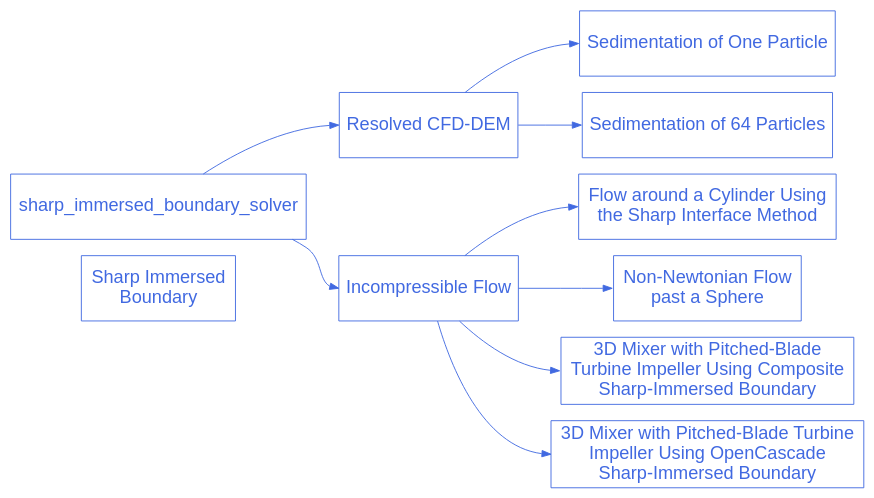
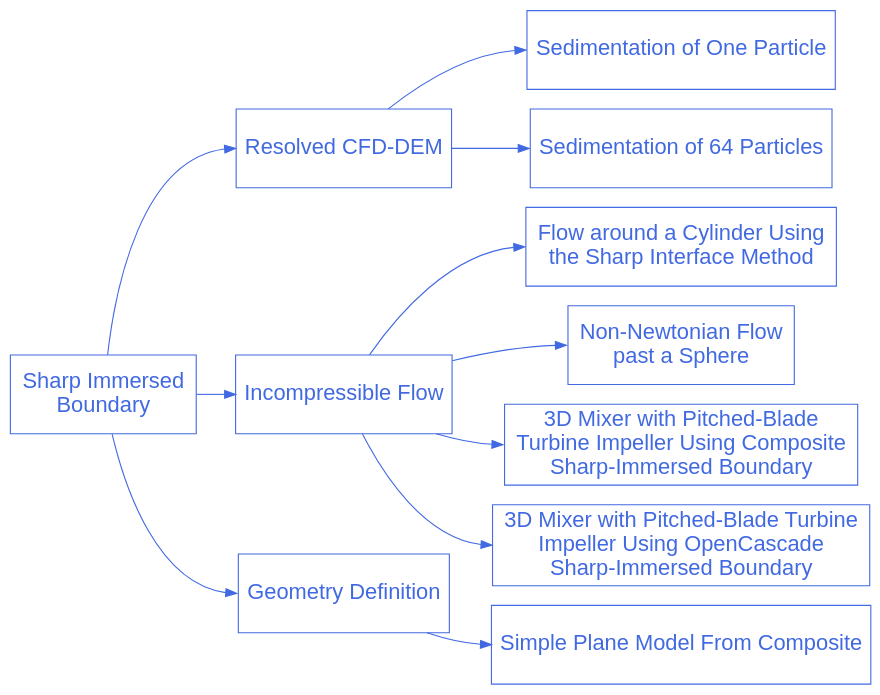
The diagram in doc/source/examples/sharp-immersed-boundary/sharp-immersed-boundary.rst (chaos-polymtl/lethe), drawn with Graphviz before and after one commit. The commit also changed other lines of this file and 2 other files, not shown here.

Commit message:
Add the possibitlity to comment composite shape, and  start example

```diff
--- a/doc/source/examples/sharp-immersed-boundary/sharp-immersed-boundary.rst
+++ b/doc/source/examples/sharp-immersed-boundary/sharp-immersed-boundary.rst
@@ -13,37 +14,43 @@
 .. graphviz:: 
 
     digraph sharp_diagram {
       graph [bgcolor="transparent", align=true];
       node [fontname=Arial, fontsize=20, shape=box, fontcolor=royalblue, color=royalblue, height=1];
       edge [color=royalblue];
       rankdir="LR";
       size = "9,9";
       
       sharp_immersed_boundary [label="Sharp Immersed \nBoundary", href="https://lethe-cfd.github.io/lethe/examples/sharp-immersed-boundary/sharp-immersed-boundary.html"];
 
       sharp_1 [label="Resolved CFD-DEM", href="https://lethe-cfd.github.io/lethe/examples/sharp-immersed-boundary/resolved-cfd-dem.html"];
 
       sharp_1_1 [label="Sedimentation of One Particle", href="https://lethe-cfd.github.io/lethe/examples/sharp-immersed-boundary/sedimentation-1-particle/sedimentation-1-particle.html"];
 
       sharp_1_2 [label="Sedimentation of 64 Particles", href="https://lethe-cfd.github.io/lethe/examples/sharp-immersed-boundary/sedimentation-64-particles/sedimentation-64-particles.html"];
 
       sharp_2 [label="Incompressible Flow", href="https://lethe-cfd.github.io/lethe/examples/sharp-immersed-boundary/incompressible-flow.html"];
 
       sharp_2_1 [label="Flow around a Cylinder Using \nthe Sharp Interface Method", href="https://lethe-cfd.github.io/lethe/examples/sharp-immersed-boundary/cylinder-with-sharp-interface/cylinder-with-sharp-interface.html", tooltip="Flow around a cylinder using the sharp interface method"];
 
       sharp_2_2 [label="Non-Newtonian Flow \npast a Sphere", href="https://lethe-cfd.github.io/lethe/examples/sharp-immersed-boundary/sphere-carreau-with-sharp-interface/sphere-carreau-with-sharp-interface.html", tooltip="Non-Newtonian flow past a sphere"];
 
       sharp_2_3 [label="3D Mixer with Pitched-Blade \nTurbine Impeller Using Composite \nSharp-Immersed Boundary", href="https://lethe-cfd.github.io/lethe/examples/sharp-immersed-boundary/3d-composite-mixer-with-pbt-impeller/3d-composite-mixer-with-pbt-impeller.html", tooltip="3D Mixer with pitched-blade turbine impeller using Composite Sharp-immersed boundary"];
 
       sharp_2_4 [label="3D Mixer with Pitched-Blade Turbine \nImpeller Using OpenCascade \nSharp-Immersed Boundary", href="https://lethe-cfd.github.io/lethe/examples/sharp-immersed-boundary/3d-opencascade-mixer-with-pbt-impeller/3d-opencascade-mixer-with-pbt-impeller.html", tooltip="3D Mixer with pitched-blade turbine impeller using OpenCascade Sharp-immersed boundary"];
+      
+      sharp_3 [label="Geometry Definition", href="https://lethe-cfd.github.io/lethe/examples/sharp-immersed-boundary/geometry-definition.html"];
+      
+      sharp_3_1 [label="Simple Plane Model From Composite", href="https://lethe-cfd.github.io/lethe/examples/sharp-immersed-boundary/sharp-immersed-boundary/simple-plane-model-from-composite.html", tooltip="Simple Plane Model From Composite"];
 
-      sharp_immersed_boundary_solver -> sharp_1:w;
-      sharp_immersed_boundary_solver -> sharp_2:w;
+      sharp_immersed_boundary -> sharp_1:w;
+      sharp_immersed_boundary -> sharp_2:w;
+      sharp_immersed_boundary -> sharp_3:w;
 
       sharp_1 -> sharp_1_1:w;
       sharp_1 -> sharp_1_2:w;
       sharp_2 -> sharp_2_1:w;
       sharp_2 -> sharp_2_2:w;
       sharp_2 -> sharp_2_3:w;
       sharp_2 -> sharp_2_4:w;
+      sharp_3 -> sharp_3_1:w;
     }
```
